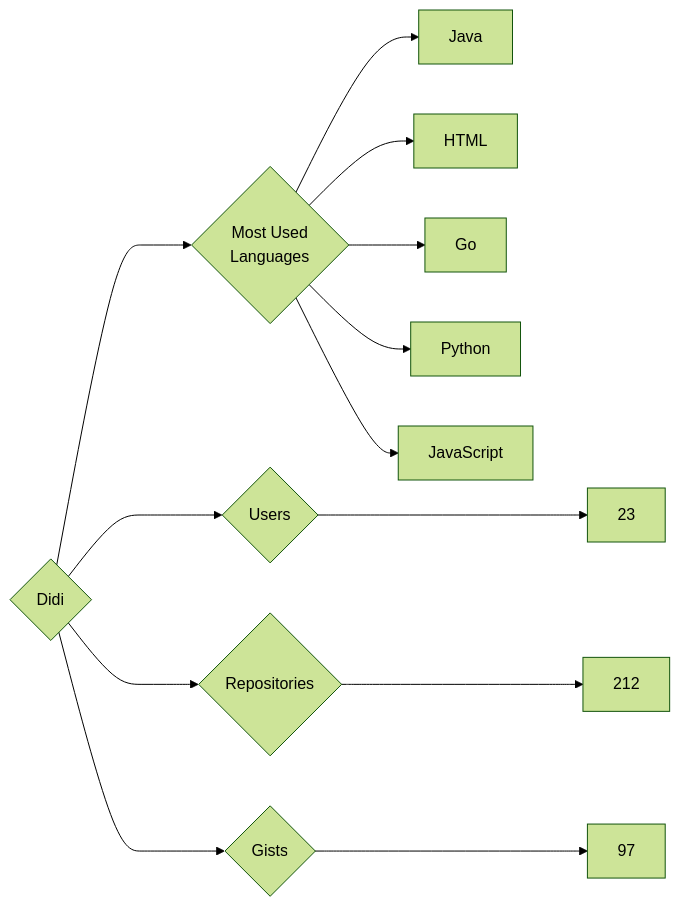
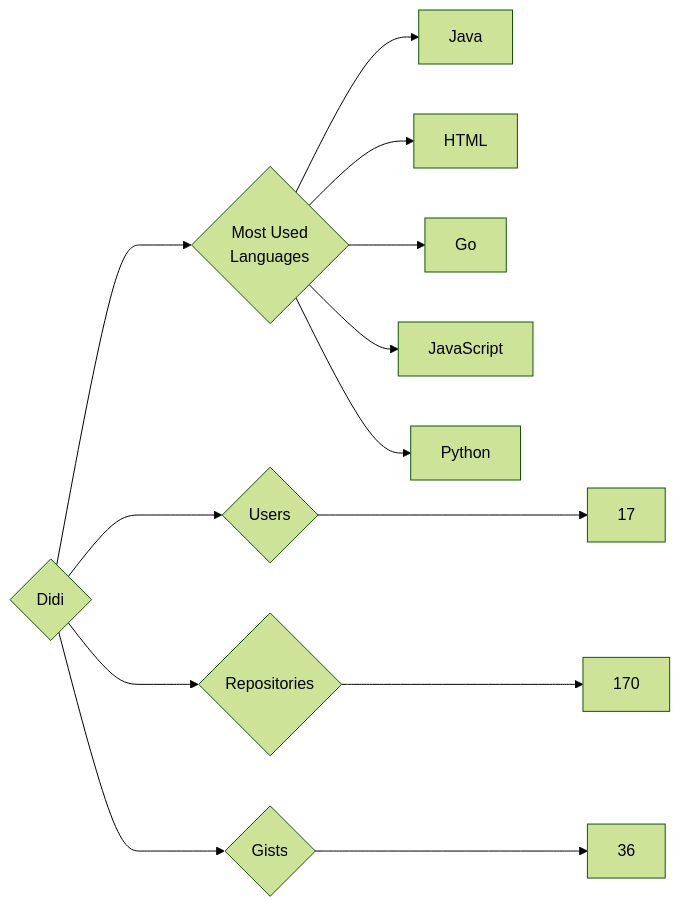
One commit to trickest/insiders changed the diagram in targets/Didi/README.md. Above: the diagram before and after it, drawn with Mermaid (forest theme). The commit also changed 745 other files, not shown here.

````diff
--- a/targets/Didi/README.md
+++ b/targets/Didi/README.md
@@ -3,13 +3,13 @@
 ```mermaid
 graph LR
 COMPANY_NAME{Didi}
-COMPANY_NAME ---> U{Users} ---> UN[23]
-COMPANY_NAME ---> R{Repositories} ---> RN[212]
-COMPANY_NAME ---> G{Gists} ---> GN[97]
+COMPANY_NAME ---> U{Users} ---> UN[17]
+COMPANY_NAME ---> R{Repositories} ---> RN[170]
+COMPANY_NAME ---> G{Gists} ---> GN[36]
 COMPANY_NAME ---> ML{Most Used<br>Languages}
 ML --> Java[Java]
 ML --> HTML[HTML]
 ML --> Go[Go]
+ML --> JavaScript[JavaScript]
 ML --> Python[Python]
-ML --> JavaScript[JavaScript]
 ```
````
